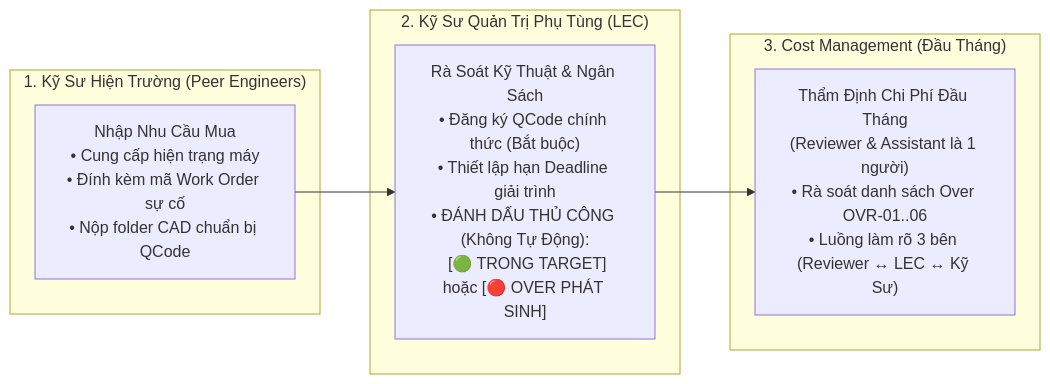
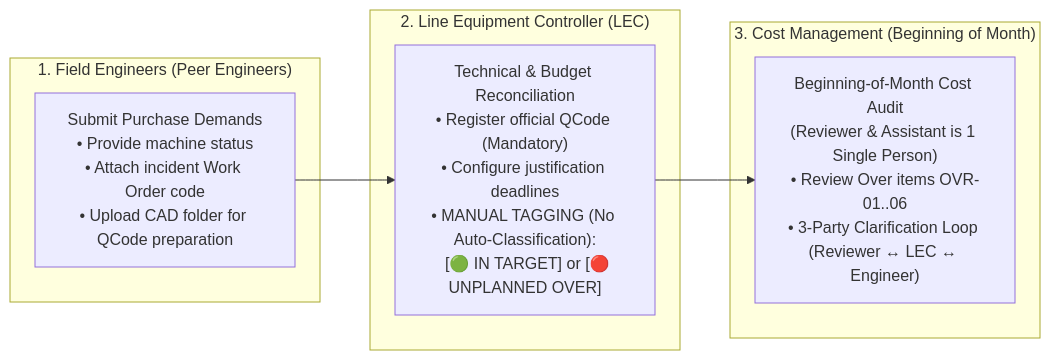
Before and after one commit to longphamduc-vn/ops-workflow: the first of 2 diagrams in procurement-system/04-budget-cost-and-over-management/02-unplanned-over-budget-tracking.md, drawn with Mermaid. The commit also changed other lines of this file and 28 other files, not shown here.

````diff
--- a/procurement-system/04-budget-cost-and-over-management/02-unplanned-over-budget-tracking.md
+++ b/procurement-system/04-budget-cost-and-over-management/02-unplanned-over-budget-tracking.md
@@ -11,16 +11,16 @@
 ```mermaid
 flowchart LR
-    subgraph REQ["1. Kỹ Sư Hiện Trường (Peer Engineers)"]
-        A["Nhập Nhu Cầu Mua\n• Cung cấp hiện trạng máy\n• Đính kèm mã Work Order sự cố\n• Nộp folder CAD chuẩn bị QCode"]
+    subgraph REQ["1. Field Engineers (Peer Engineers)"]
+        A["Submit Purchase Demands\n• Provide machine status\n• Attach incident Work Order code\n• Upload CAD folder for QCode preparation"]
     end
 
-    subgraph LEC["2. Kỹ Sư Quản Trị Phụ Tùng (LEC)"]
-        B["Rà Soát Kỹ Thuật & Ngân Sách\n• Đăng ký QCode chính thức (Bắt buộc)\n• Thiết lập hạn Deadline giải trình\n• ĐÁNH DẤU THỦ CÔNG (Không Tự Động):\n  [🟢 TRONG TARGET] hoặc [🔴 OVER PHÁT SINH]"]
+    subgraph LEC["2. Line Equipment Controller (LEC)"]
+        B["Technical & Budget Reconciliation\n• Register official QCode (Mandatory)\n• Configure justification deadlines\n• MANUAL TAGGING (No Auto-Classification):\n  [🟢 IN TARGET] or [🔴 UNPLANNED OVER]"]
     end
 
-    subgraph MGMT["3. Cost Management (Đầu Tháng)"]
-        C["Thẩm Định Chi Phí Đầu Tháng\n(Reviewer & Assistant là 1 người)\n• Rà soát danh sách Over OVR-01..06\n• Luồng làm rõ 3 bên (Reviewer ↔ LEC ↔ Kỹ Sư)"]
+    subgraph MGMT["3. Cost Management (Beginning of Month)"]
+        C["Beginning-of-Month Cost Audit\n(Reviewer & Assistant is 1 Single Person)\n• Review Over items OVR-01..06\n• 3-Party Clarification Loop (Reviewer ↔ LEC ↔ Engineer)"]
     end
 
     A --> B --> C
 ```
````
